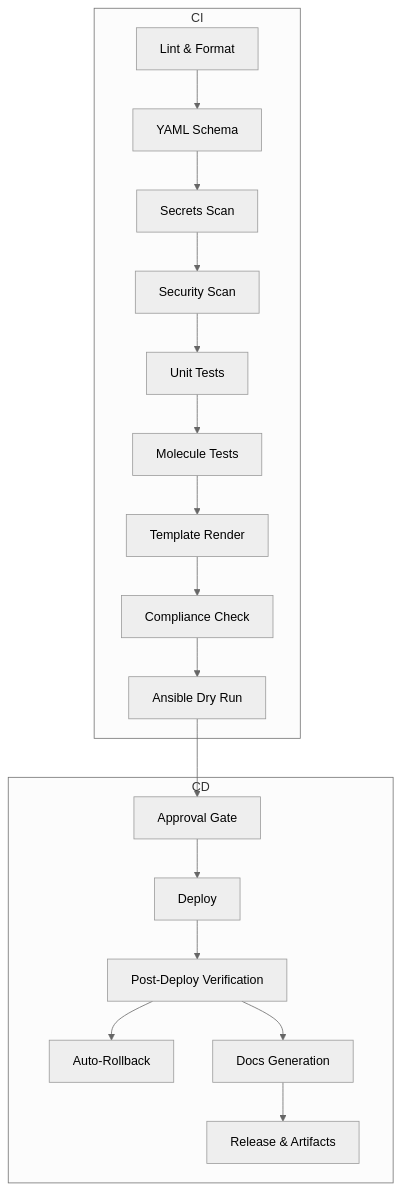
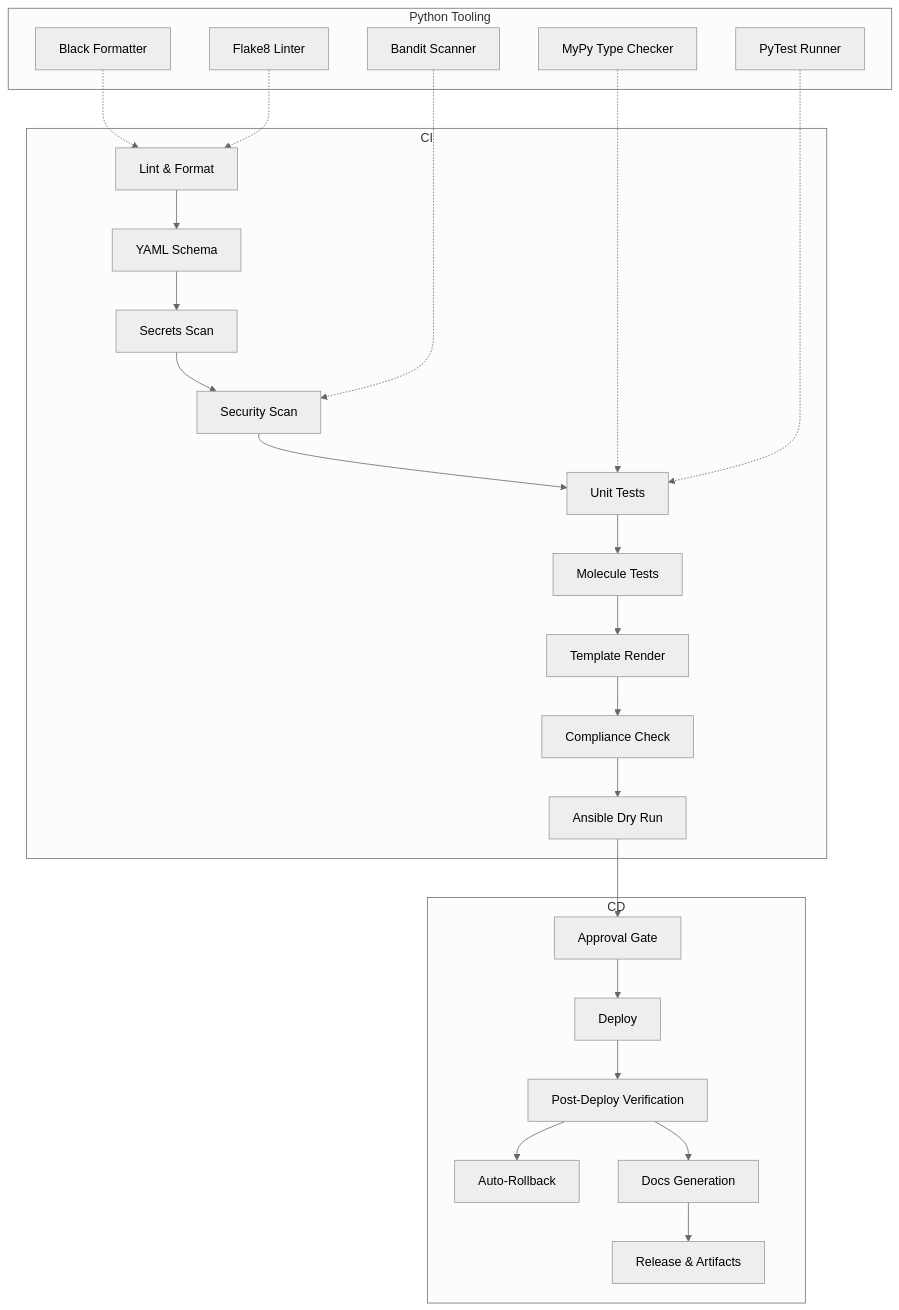
One commit to shakthi-vinayak/network-automation changed diagram 12 of 12 in .qoder/repowiki/en/content/CI_CD Pipeline & GitOps.md. Above: the diagram before and after it, drawn with Mermaid (neutral theme). The commit also changed other lines of this file and 144 other files, not shown here.

````diff
--- a/.qoder/repowiki/en/content/CI_CD Pipeline & GitOps.md
+++ b/.qoder/repowiki/en/content/CI_CD Pipeline & GitOps.md
@@ -332,24 +442,36 @@
 ```mermaid
 graph TB
 subgraph "CI"
 Lint["Lint & Format"]
 YAMLV["YAML Schema"]
 Sec["Secrets Scan"]
 SecS["Security Scan"]
 UT["Unit Tests"]
 Mol["Molecule Tests"]
 Tmpl["Template Render"]
 Comp["Compliance Check"]
 DR["Ansible Dry Run"]
 end
 subgraph "CD"
 Approve["Approval Gate"]
 Deploy["Deploy"]
 PostV["Post-Deploy Verification"]
 Roll["Auto-Rollback"]
 Docs["Docs Generation"]
 Rel["Release & Artifacts"]
 end
+subgraph "Python Tooling"
+Black["Black Formatter"]
+Flake8["Flake8 Linter"]
+MyPy["MyPy Type Checker"]
+Bandit["Bandit Scanner"]
+PyTest["PyTest Runner"]
+end
 Lint --> YAMLV --> Sec --> SecS --> UT --> Mol --> Tmpl --> Comp --> DR --> Approve --> Deploy --> PostV --> Docs --> Rel
 PostV --> Roll
+Black -.-> Lint
+Flake8 -.-> Lint
+MyPy -.-> UT
+Bandit -.-> SecS
+PyTest -.-> UT
 ```
````
